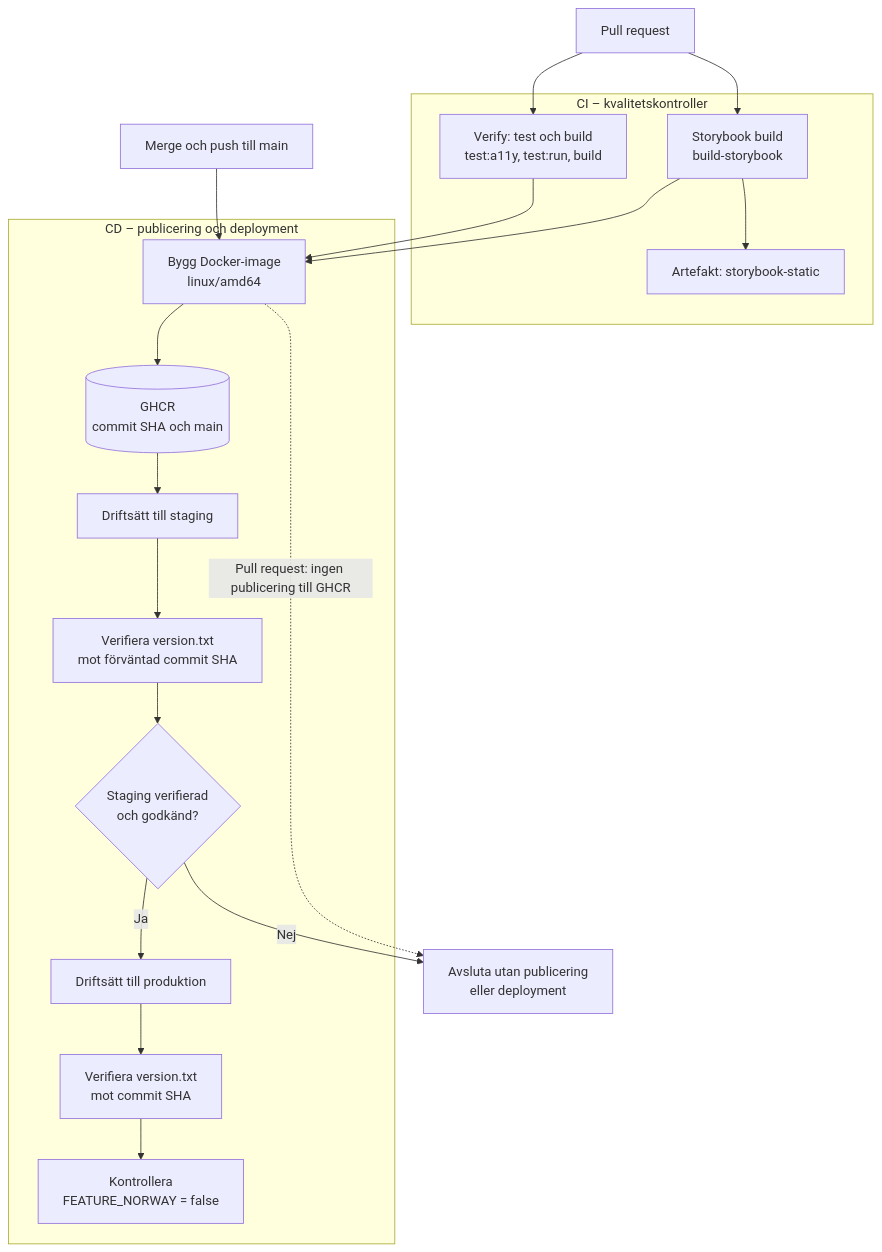
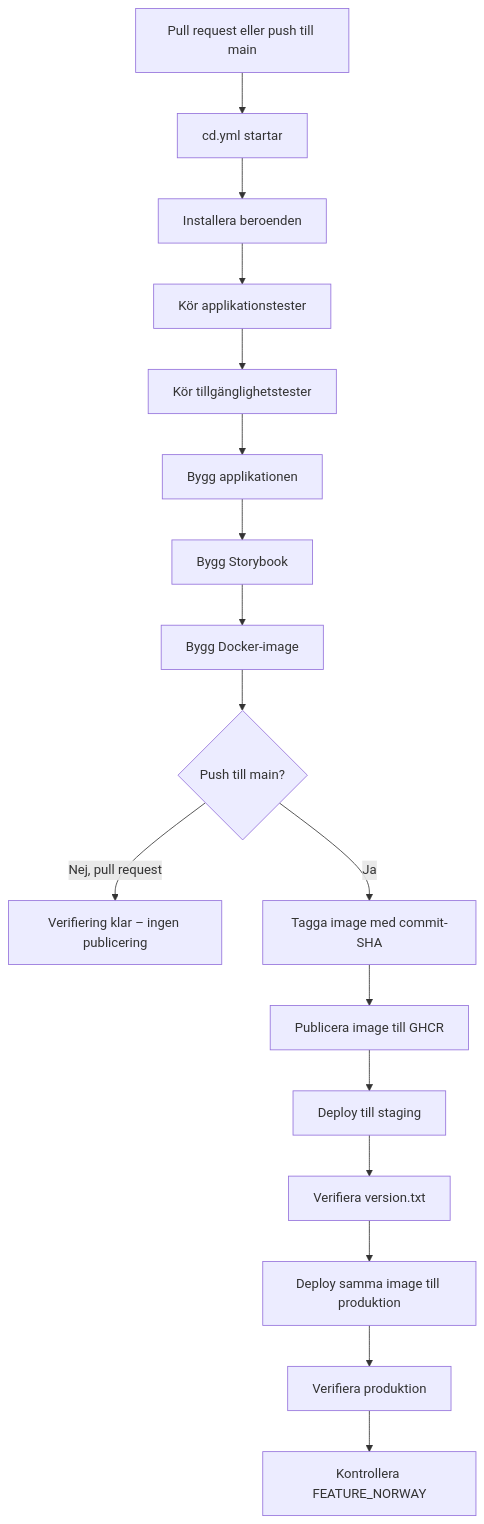
The first of 2 diagrams in docs/pipeline.md (suzan-al-majdalawi/kraftly-suzan-team), drawn with Mermaid before and after one commit. The commit also changed other lines of this file and 2 other files, not shown here.

Commit message:
docs: update pipeline, architecture and known issues

````diff
--- a/docs/pipeline.md
+++ b/docs/pipeline.md
@@ -11,44 +24,19 @@
 ```mermaid
 flowchart TD
-    PR["Pull request"]
-    MAIN["Merge och push till main"]
-
-    subgraph CI["CI – kvalitetskontroller"]
-        V["Verify: test och build<br/>test:a11y, test:run, build"]
-        S["Storybook build<br/>build-storybook"]
-        ART["Artefakt: storybook-static"]
-    end
-
-    subgraph CD["CD – publicering och deployment"]
-        IMG["Bygg Docker-image<br/>linux/amd64"]
-        GHCR[("GHCR<br/>commit SHA och main")]
-        ST["Driftsätt till staging"]
-        STV["Verifiera version.txt<br/>mot förväntad commit SHA"]
-        APPROVE{"Staging verifierad<br/>och godkänd?"}
-        PROD["Driftsätt till produktion"]
-        PV["Verifiera version.txt<br/>mot commit SHA"]
-        FLAG["Kontrollera<br/>FEATURE_NORWAY = false"]
-    end
-
-    STOP["Avsluta utan publicering<br/>eller deployment"]
-
-    PR --> V
-    PR --> S
-    V --> IMG
-    S --> ART
-    S --> IMG
-
-    MAIN --> IMG
-    IMG --> GHCR
-    GHCR --> ST
-    ST --> STV
-    STV --> APPROVE
-
-    APPROVE -->|"Ja"| PROD
-    APPROVE -->|"Nej"| STOP
-
-    PROD --> PV
-    PV --> FLAG
-
-    IMG -.->|"Pull request: ingen publicering till GHCR"| STOP
+    A["Pull request eller push till main"] --> B["cd.yml startar"]
+    B --> C["Installera beroenden"]
+    C --> D["Kör applikationstester"]
+    D --> E["Kör tillgänglighetstester"]
+    E --> F["Bygg applikationen"]
+    F --> G["Bygg Storybook"]
+    G --> H["Bygg Docker-image"]
+    H --> I{"Push till main?"}
+    I -- "Nej, pull request" --> J["Verifiering klar – ingen publicering"]
+    I -- "Ja" --> K["Tagga image med commit-SHA"]
+    K --> L["Publicera image till GHCR"]
+    L --> M["Deploy till staging"]
+    M --> N["Verifiera version.txt"]
+    N --> O["Deploy samma image till produktion"]
+    O --> P["Verifiera produktion"]
+    P --> Q["Kontrollera FEATURE_NORWAY"]
 ```
````
